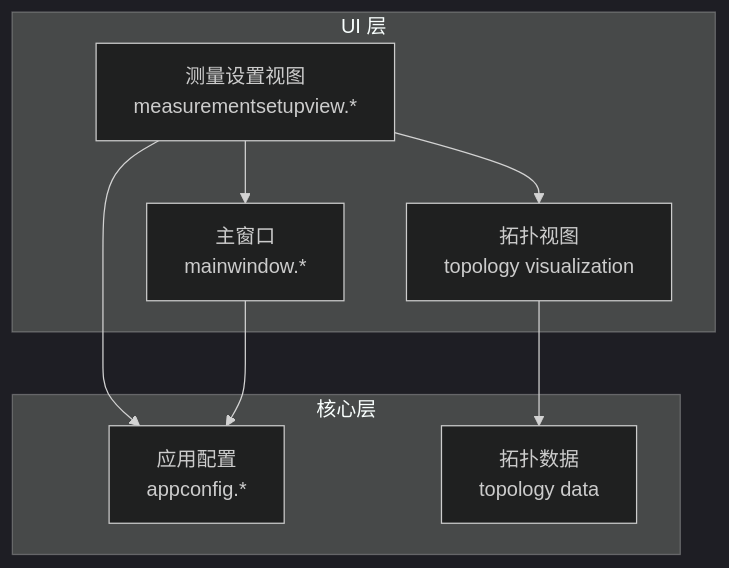
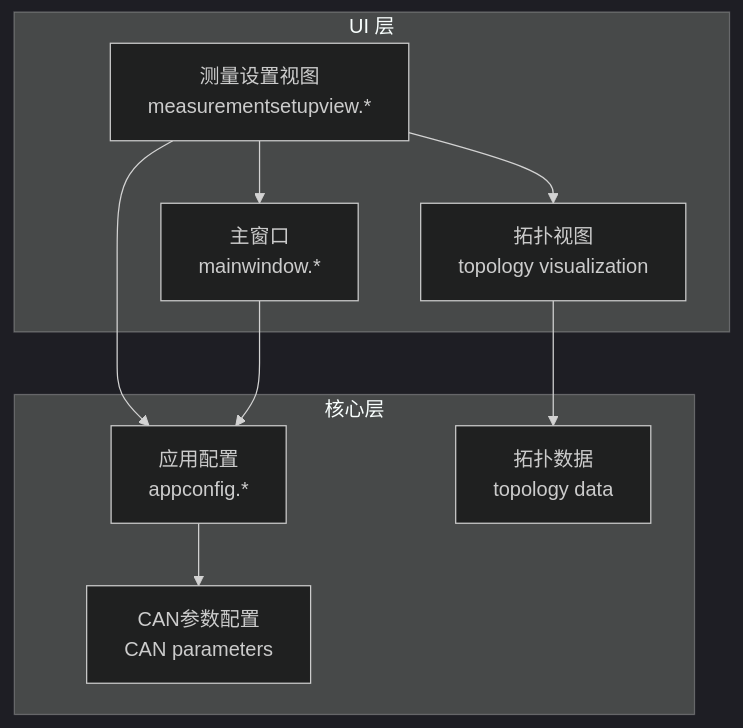
One commit to jakecai1225-design/OpenBus changed the first of 6 diagrams in .qoder/repowiki/zh/content/架构设计/UI系统设计/测量设置视图组件.md. Above: the diagram before and after it, drawn with Mermaid (dark theme). The commit also changed other lines of this file and 18 other files, not shown here.

````diff
--- a/.qoder/repowiki/zh/content/架构设计/UI系统设计/测量设置视图组件.md
+++ b/.qoder/repowiki/zh/content/架构设计/UI系统设计/测量设置视图组件.md
@@ -42,17 +43,19 @@
 ```mermaid
 graph TB
 subgraph "UI 层"
 MSV["测量设置视图<br/>measurementsetupview.*"]
 MW["主窗口<br/>mainwindow.*"]
 TV["拓扑视图<br/>topology visualization"]
 end
 subgraph "核心层"
 AC["应用配置<br/>appconfig.*"]
 TD["拓扑数据<br/>topology data"]
+CP["CAN参数配置<br/>CAN parameters"]
 end
 MSV --> MW
 MSV --> AC
 MSV --> TV
 TV --> TD
 MW --> AC
+AC --> CP
 ```
````
